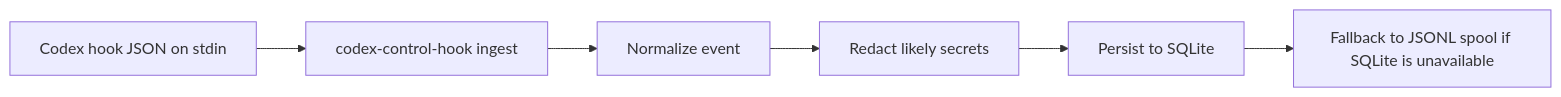
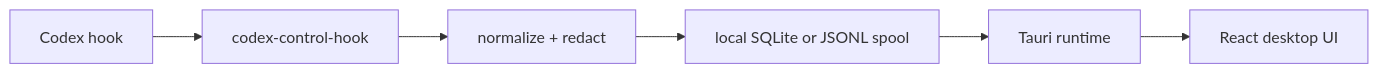
Before and after one commit to albertbac/codex-control: the diagram in docs/architecture.md, drawn with Mermaid. The commit also changed other lines of this file and 7 other files, not shown here.

````diff
--- a/docs/architecture.md
+++ b/docs/architecture.md
@@ -14,8 +14,8 @@
 ```mermaid
 flowchart LR
-  A["Codex hook JSON on stdin"] --> B["codex-control-hook ingest"]
-  B --> C["Normalize event"]
-  C --> D["Redact likely secrets"]
-  D --> E["Persist to SQLite"]
-  E --> F["Fallback to JSONL spool if SQLite is unavailable"]
+  Hook["Codex hook"] --> CLI["codex-control-hook"]
+  CLI --> Normalize["normalize + redact"]
+  Normalize --> Store["local SQLite or JSONL spool"]
+  Store --> Runtime["Tauri runtime"]
+  Runtime --> UI["React desktop UI"]
 ```
````
